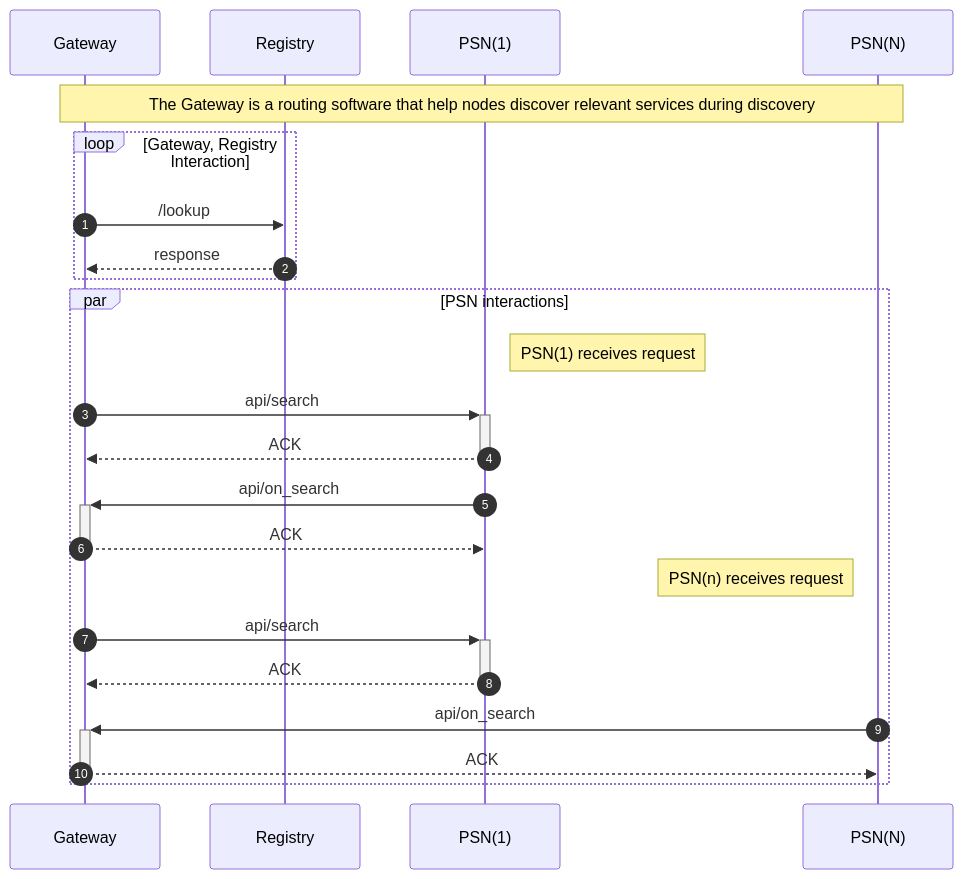
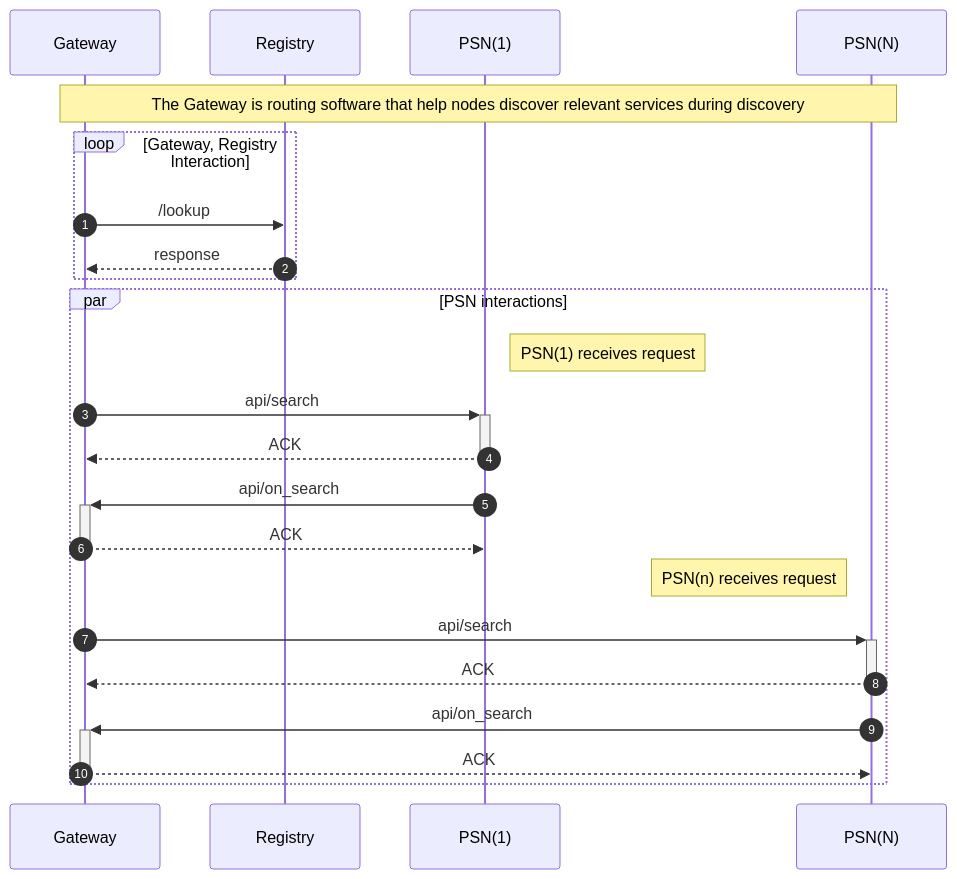
Before and after one commit to Palette-Labs-Inc/protocol: the first of 14 diagrams in docs/OVERVIEW.md, drawn with Mermaid. The commit also changed other lines of this file, not shown here.

````diff
--- a/docs/OVERVIEW.md
+++ b/docs/OVERVIEW.md
@@ -31,28 +31,28 @@
  ```mermaid
 sequenceDiagram
     autonumber
     participant Gateway
     participant REGISTRY as Registry
     participant PSN1 as PSN(1)
     participant PSNn as PSN(N)
 
-    Note over Gateway, PSNn: The Gateway is a routing software that help nodes discover relevant services during discovery
+    Note over Gateway, PSNn: The Gateway is routing software that help nodes discover relevant services during discovery
     loop Gateway, Registry Interaction
     Gateway->>REGISTRY: /lookup
     REGISTRY-->>Gateway: response
     end 
 
     par PSN interactions
         Note right of PSN1: PSN(1) receives request
         Gateway->>+PSN1: api/search
         PSN1-->>-Gateway: ACK
         PSN1->>+Gateway: api/on_search
         Gateway-->>-PSN1: ACK
 
         Note left of PSNn: PSN(n) receives request
-        Gateway->>+PSN1: api/search
-        PSN1-->>-Gateway: ACK
+        Gateway->>+PSNn: api/search
+        PSNn-->>-Gateway: ACK
         PSNn->>+Gateway: api/on_search
         Gateway-->>-PSNn: ACK
     end
  ```
````
